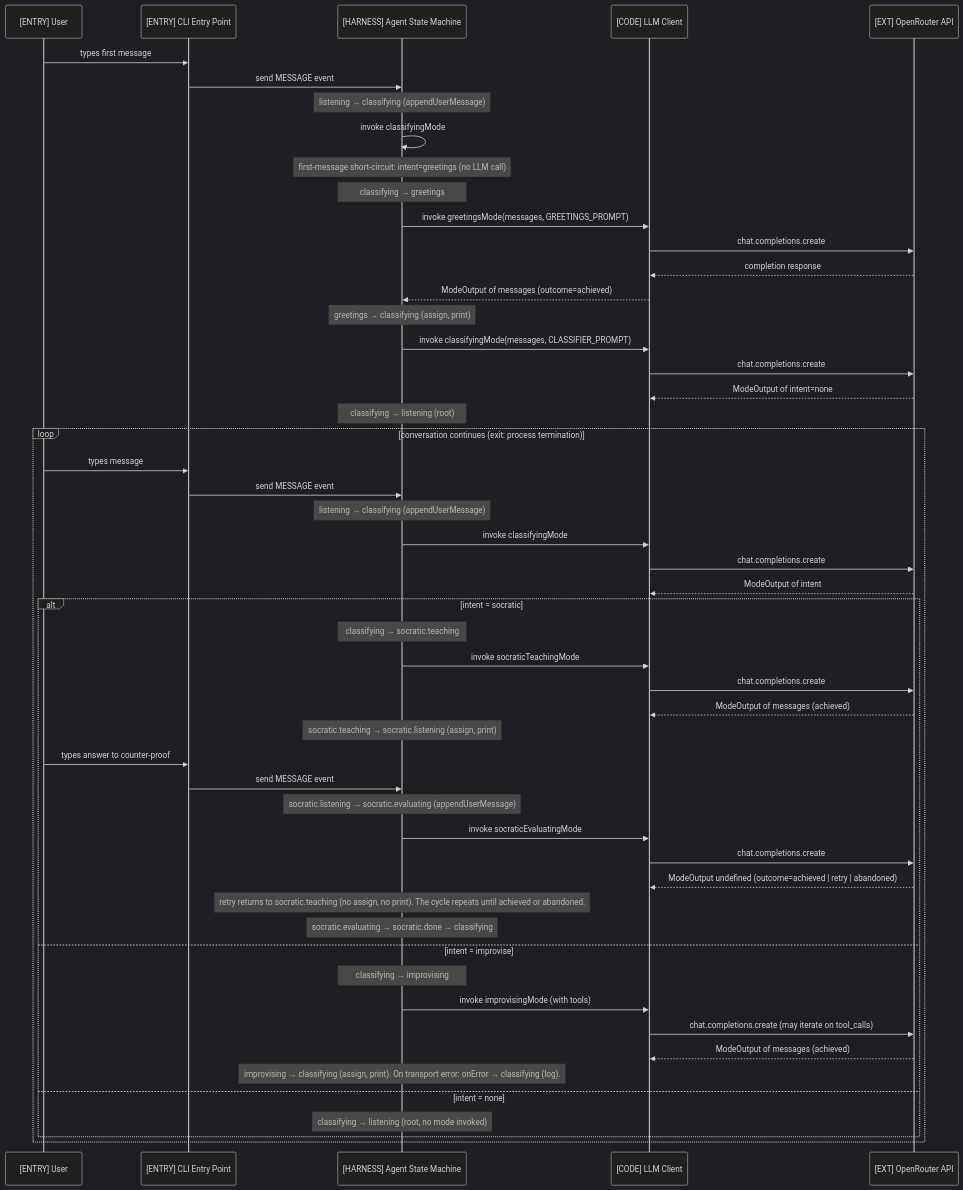
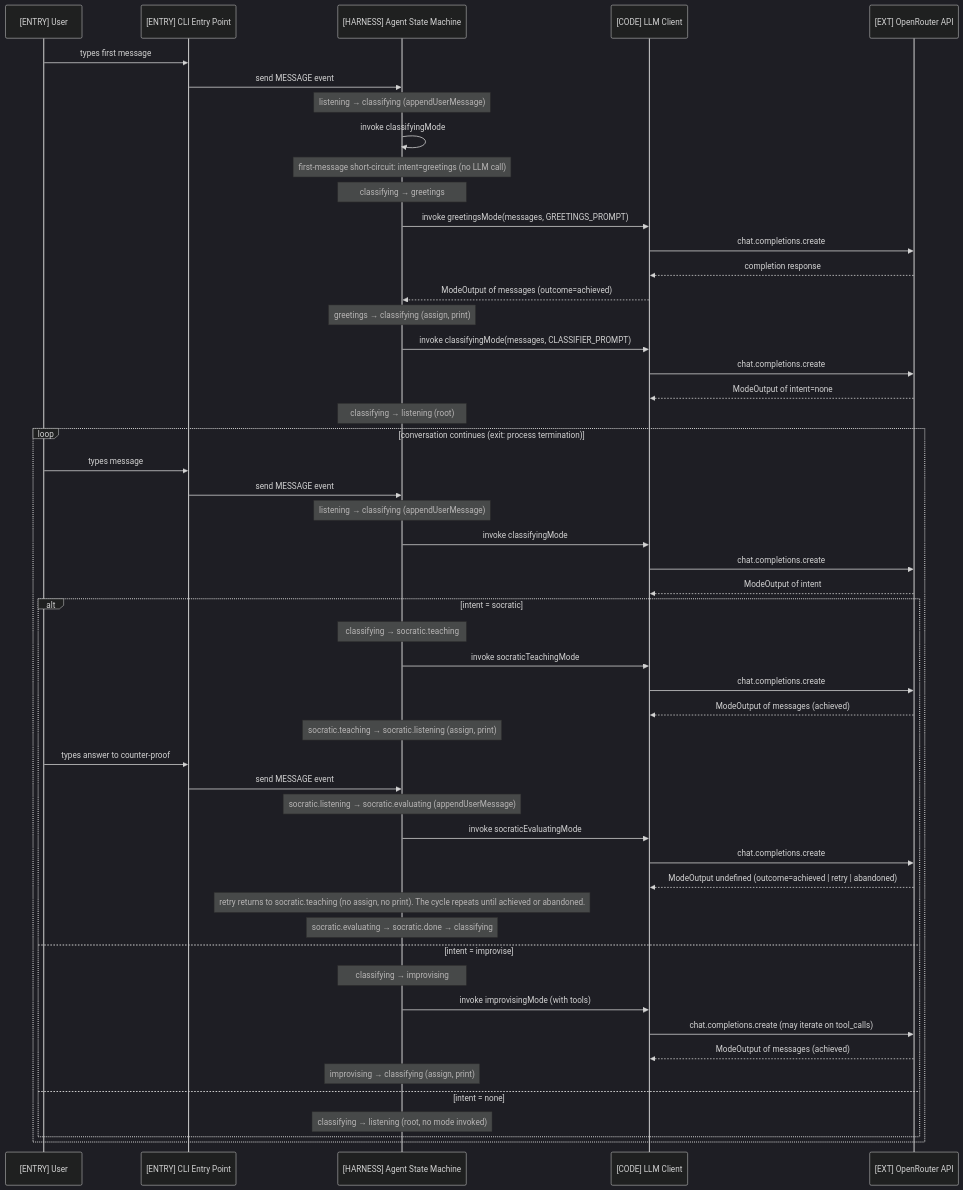
Before and after one commit to EduardoRenani/ai-agent-xstate: the diagram in docs/architecture/c4/flows/user-chat.mmd, drawn with Mermaid (dark theme). The commit also changed 3 other files, not shown here.

```diff
--- a/docs/architecture/c4/flows/user-chat.mmd
+++ b/docs/architecture/c4/flows/user-chat.mmd
@@ -1,61 +1,61 @@
 %% Spec: c4-doc.md
 %% Modo: incremental
-%% Atualizado: 2026-05-21
+%% Atualizado: 2026-05-28
 %% Fonte: examples/zoe/src/index.ts, examples/zoe/src/machine.ts, examples/zoe/src/llm-client.ts, examples/zoe/src/states/*.ts
 sequenceDiagram
     participant user as [ENTRY] User
     participant cli as [ENTRY] CLI Entry Point
     participant machine as [HARNESS] Agent State Machine
     participant client as [CODE] LLM Client
     participant api as [EXT] OpenRouter API
 
     user->>cli: types first message
     cli->>machine: send MESSAGE event
     Note over machine: listening → classifying (appendUserMessage)
     machine->>machine: invoke classifyingMode
     Note over machine: first-message short-circuit: intent=greetings (no LLM call)
     Note over machine: classifying → greetings
     machine->>client: invoke greetingsMode(messages, GREETINGS_PROMPT)
     client->>api: chat.completions.create
     api-->>client: completion response
     client-->>machine: ModeOutput of messages (outcome=achieved)
     Note over machine: greetings → classifying (assign, print)
     machine->>client: invoke classifyingMode(messages, CLASSIFIER_PROMPT)
     client->>api: chat.completions.create
     api-->>client: ModeOutput of intent=none
     Note over machine: classifying → listening (root)
 
     loop conversation continues (exit: process termination)
         user->>cli: types message
         cli->>machine: send MESSAGE event
         Note over machine: listening → classifying (appendUserMessage)
         machine->>client: invoke classifyingMode
         client->>api: chat.completions.create
         api-->>client: ModeOutput of intent
 
         alt intent = socratic
             Note over machine: classifying → socratic.teaching
             machine->>client: invoke socraticTeachingMode
             client->>api: chat.completions.create
             api-->>client: ModeOutput of messages (achieved)
             Note over machine: socratic.teaching → socratic.listening (assign, print)
             user->>cli: types answer to counter-proof
             cli->>machine: send MESSAGE event
             Note over machine: socratic.listening → socratic.evaluating (appendUserMessage)
             machine->>client: invoke socraticEvaluatingMode
             client->>api: chat.completions.create
             api-->>client: ModeOutput undefined (outcome=achieved | retry | abandoned)
             Note over machine: retry returns to socratic.teaching (no assign, no print). The cycle repeats until achieved or abandoned.
             Note over machine: socratic.evaluating → socratic.done → classifying
 
         else intent = improvise
             Note over machine: classifying → improvising
             machine->>client: invoke improvisingMode (with tools)
             client->>api: chat.completions.create (may iterate on tool_calls)
             api-->>client: ModeOutput of messages (achieved)
-            Note over machine: improvising → classifying (assign, print). On transport error: onError → classifying (log).
+            Note over machine: improvising → classifying (assign, print)
 
         else intent = none
             Note over machine: classifying → listening (root, no mode invoked)
         end
     end
```
